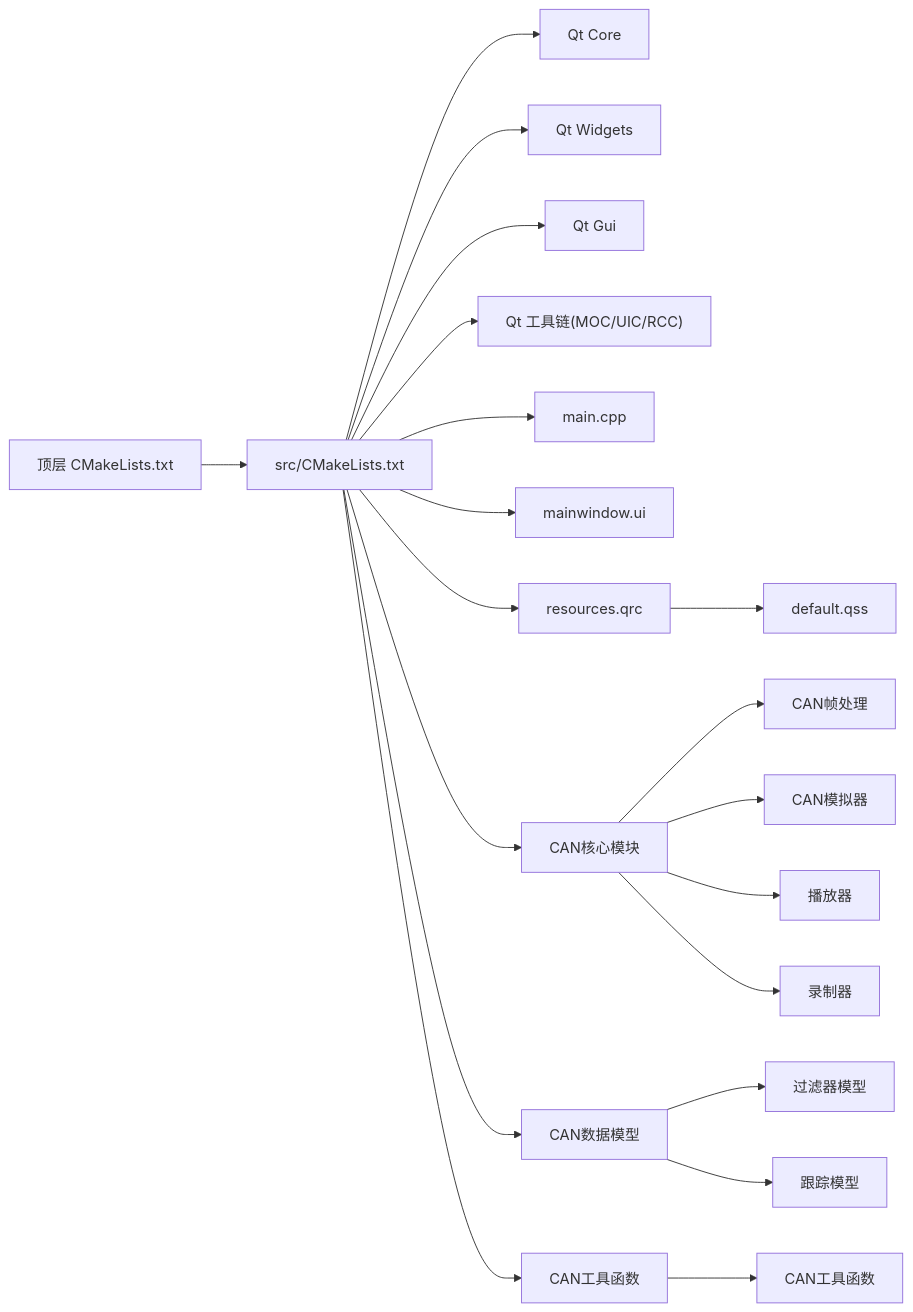
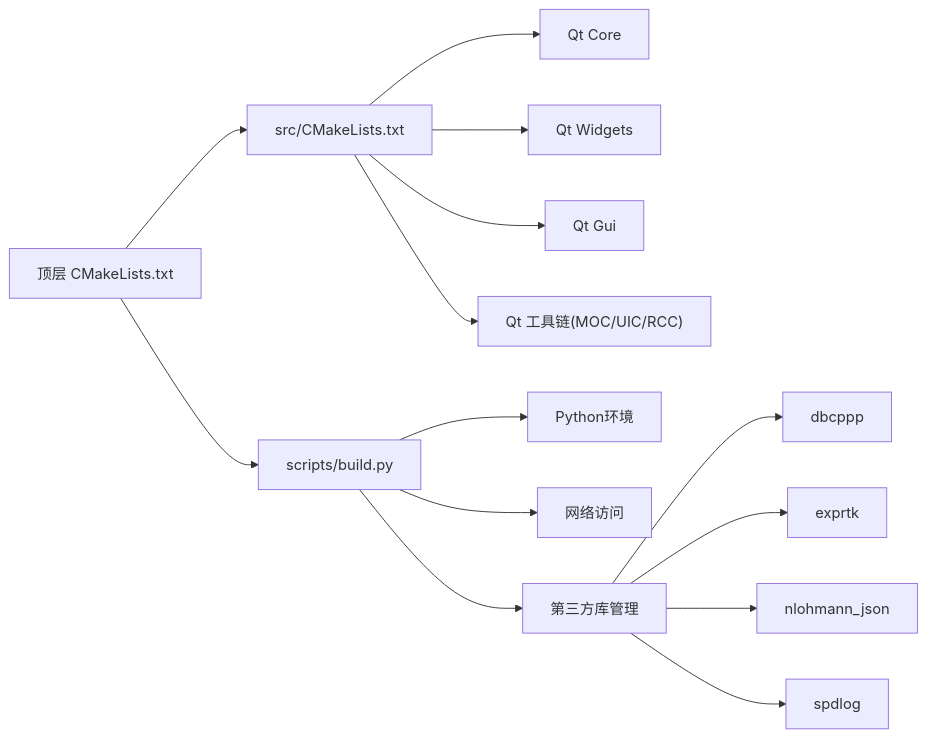
One commit to jakecai1225-design/OpenBus changed the fourth of 4 diagrams in .qoder/repowiki/zh/content/构建和部署/CMake构建配置.md. Above: the diagram before and after it, drawn with Mermaid. The commit also changed other lines of this file and 215 other files, not shown here.

````diff
--- a/.qoder/repowiki/zh/content/构建和部署/CMake构建配置.md
+++ b/.qoder/repowiki/zh/content/构建和部署/CMake构建配置.md
@@ -393,22 +314,16 @@
 ```mermaid
 graph LR
 Root["顶层 CMakeLists.txt"] --> Src["src/CMakeLists.txt"]
+Root --> Script["scripts/build.py"]
 Src --> QtCore["Qt Core"]
 Src --> QtWidgets["Qt Widgets"]
 Src --> QtGui["Qt Gui"]
 Src --> QtTools["Qt 工具链(MOC/UIC/RCC)"]
-Src --> Main["main.cpp"]
-Src --> UI["mainwindow.ui"]
-Src --> QRC["resources.qrc"]
-QRC --> QSS["default.qss"]
-Src --> CoreModule["CAN核心模块"]
-Src --> ModelModule["CAN数据模型"]
-Src --> UtilsModule["CAN工具函数"]
-CoreModule --> CanFrame["CAN帧处理"]
-CoreModule --> CanSimulator["CAN模拟器"]
-CoreModule --> Player["播放器"]
-CoreModule --> Recorder["录制器"]
-ModelModule --> FilterModel["过滤器模型"]
-ModelModule --> TraceModel["跟踪模型"]
-UtilsModule --> CanUtils["CAN工具函数"]
+Script --> Python["Python环境"]
+Script --> Network["网络访问"]
+Script --> ThirdParty["第三方库管理"]
+ThirdParty --> DBCPP["dbcppp"]
+ThirdParty --> ExprTk["exprtk"]
+ThirdParty --> JSON["nlohmann_json"]
+ThirdParty --> SPDLog["spdlog"]
 ```
````
